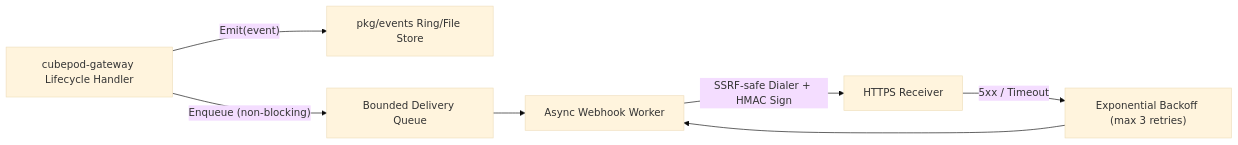
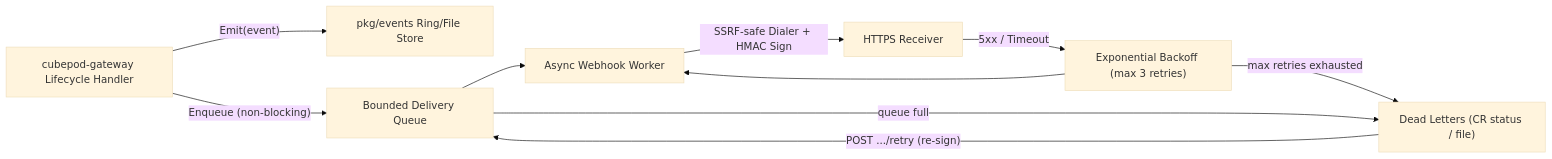
One commit to cubeplexai/cubepod changed the diagram in docs/enhancements/0028-sandbox-events-and-webhooks/README.md. Above: the diagram before and after it, drawn with Mermaid (base theme). The commit also changed other lines of this file and 34 other files, not shown here.

Commit message:
feat(events): wire SandboxWebhook CRD, K8s Secret backend, PodBox Events, and dead-letter queue (#97)

````diff
--- a/docs/enhancements/0028-sandbox-events-and-webhooks/README.md
+++ b/docs/enhancements/0028-sandbox-events-and-webhooks/README.md
@@ -177,9 +219,12 @@
 ```mermaid
 flowchart LR
     GW["cubepod-gateway Lifecycle Handler"] -->|"Emit(event)"| Store["pkg/events Ring/File Store"]
     GW -->|"Enqueue (non-blocking)"| Queue["Bounded Delivery Queue"]
     Queue --> Worker["Async Webhook Worker"]
     Worker -->|"SSRF-safe Dialer + HMAC Sign"| Target["HTTPS Receiver"]
     Target -->|"5xx / Timeout"| Retry["Exponential Backoff (max 3 retries)"]
     Retry --> Worker
+    Retry -->|"max retries exhausted"| DLQ["Dead Letters (CR status / file)"]
+    Queue -->|"queue full"| DLQ
+    DLQ -->|"POST .../retry (re-sign)"| Queue
 ```
````
